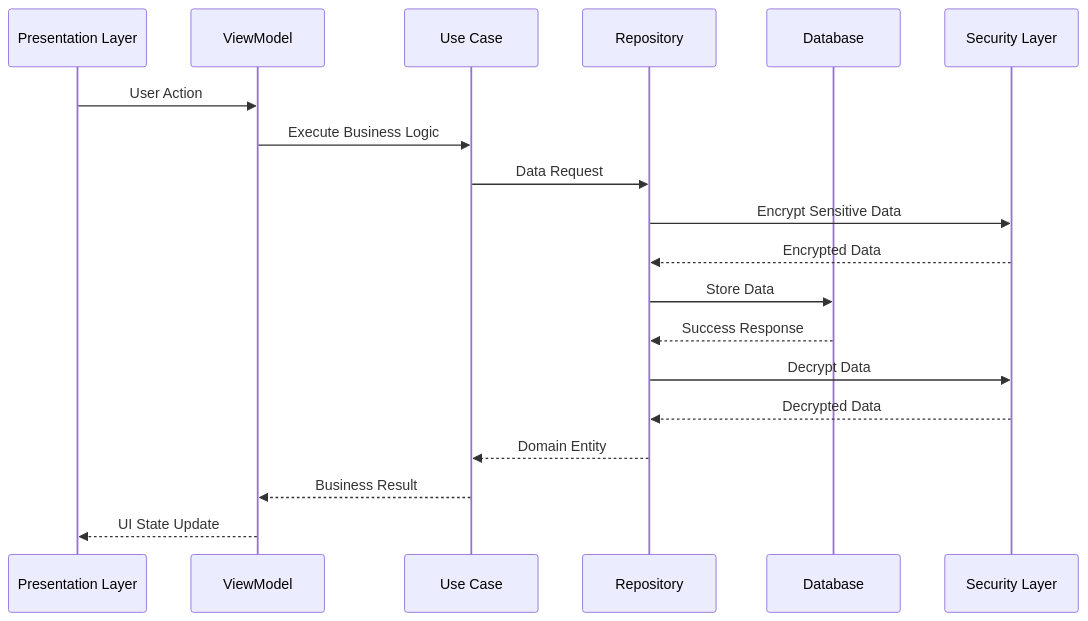
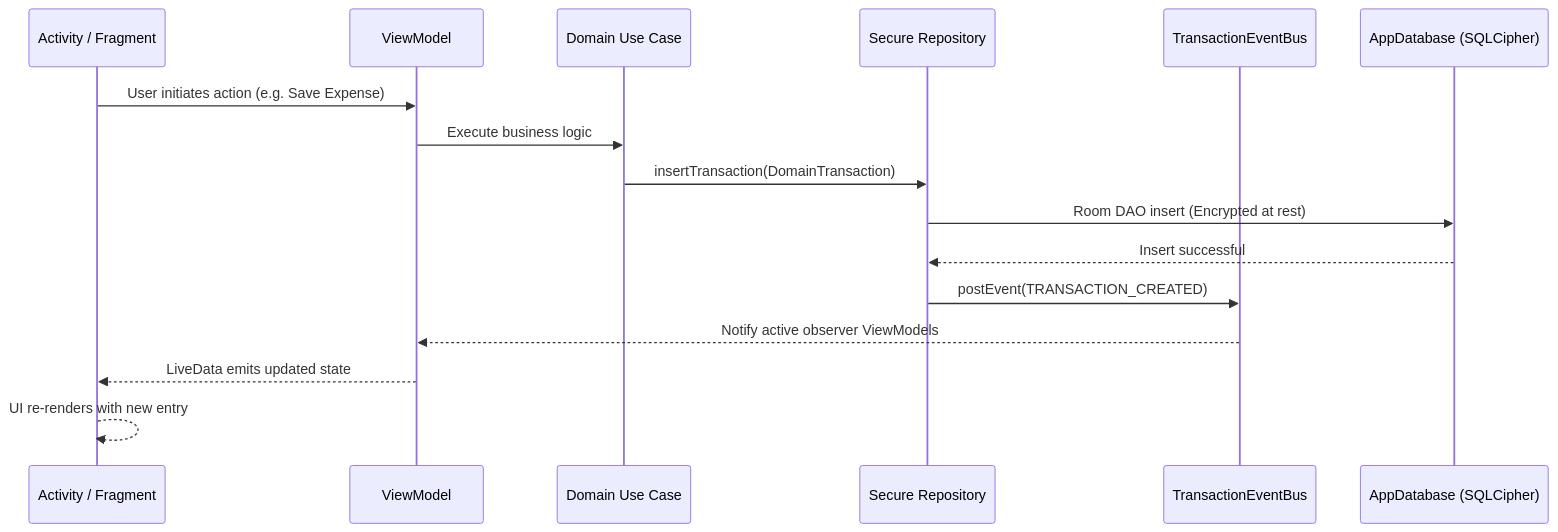
The second of 6 diagrams in docs/ARCHITECTURE.md (maurihimanshu/expenso-docs), drawn with Mermaid before and after one commit. The commit also changed other lines of this file and 7 other files, not shown here.

````diff
--- a/docs/ARCHITECTURE.md
+++ b/docs/ARCHITECTURE.md
@@ -111,22 +108,19 @@
 ```mermaid
 sequenceDiagram
-    participant UI as Presentation Layer
+    participant View as Activity / Fragment
     participant VM as ViewModel
-    participant UC as Use Case
-    participant REPO as Repository
-    participant DB as Database
-    participant SEC as Security Layer
-    
-    UI->>VM: User Action
-    VM->>UC: Execute Business Logic
-    UC->>REPO: Data Request
-    REPO->>SEC: Encrypt Sensitive Data
-    SEC-->>REPO: Encrypted Data
-    REPO->>DB: Store Data
-    DB-->>REPO: Success Response
-    REPO->>SEC: Decrypt Data
-    SEC-->>REPO: Decrypted Data
-    REPO-->>UC: Domain Entity
-    UC-->>VM: Business Result
-    VM-->>UI: UI State Update
+    participant UC as Domain Use Case
+    participant Repo as Secure Repository
+    participant Bus as TransactionEventBus
+    participant DB as AppDatabase (SQLCipher)
+
+    View->>VM: User initiates action (e.g. Save Expense)
+    VM->>UC: Execute business logic
+    UC->>Repo: insertTransaction(DomainTransaction)
+    Repo->>DB: Room DAO insert (Encrypted at rest)
+    DB-->>Repo: Insert successful
+    Repo->>Bus: postEvent(TRANSACTION_CREATED)
+    Bus-->>VM: Notify active observer ViewModels
+    VM-->>View: LiveData emits updated state
+    View-->>View: UI re-renders with new entry
 ```
````
